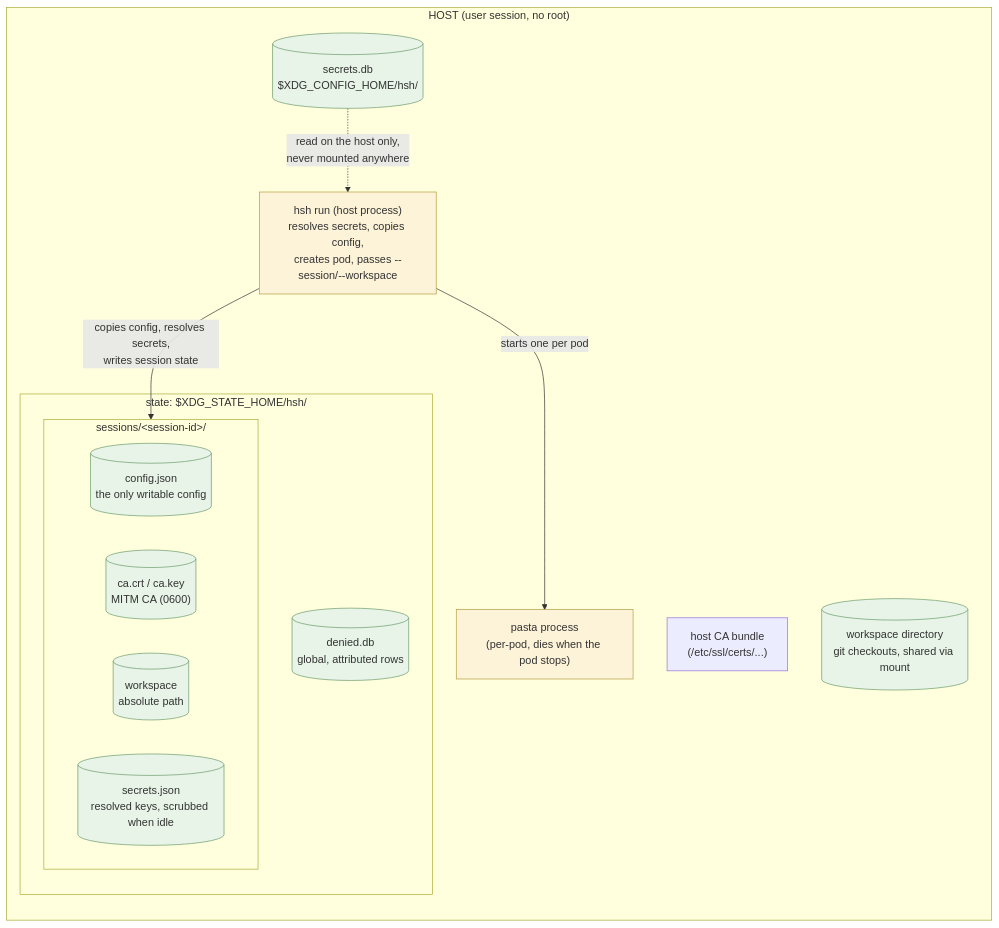
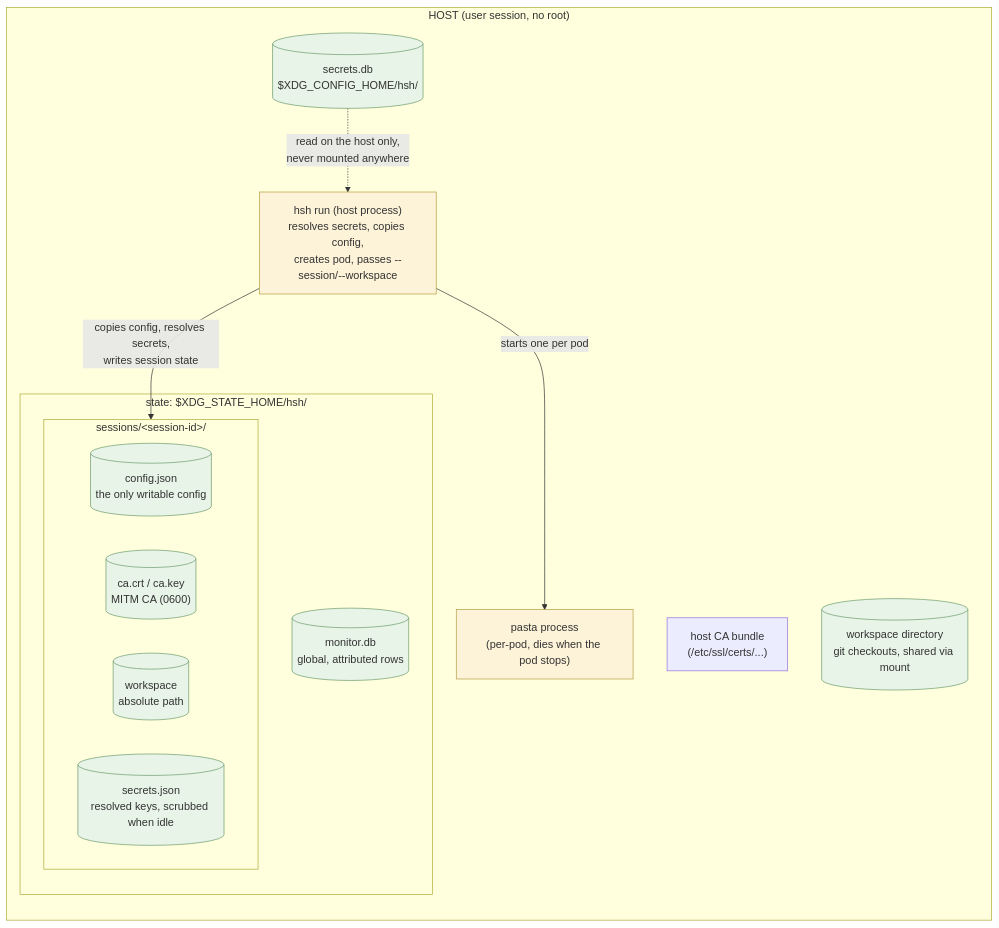
Before and after one commit to philips/hsh: the first of 3 diagrams in docs/architecture.md, drawn with Mermaid. The commit also changed other lines of this file and 55 other files, not shown here.

First line of the commit message:
config versioning; denied.db becomes monitor.db

````diff
--- a/docs/architecture.md
+++ b/docs/architecture.md
@@ -40,30 +40,30 @@
 ```mermaid
 flowchart TB
     classDef proc fill:#fdf3d8,stroke:#b59b3e
     classDef file fill:#e7f4e7,stroke:#6a9a6a
 
     subgraph HOST["HOST (user session, no root)"]
         direction TB
         hshrun["hsh run (host process)<br/>resolves secrets, copies config,<br/>creates pod, passes --session/--workspace"]
         pasta["pasta process<br/>(per-pod, dies when the pod stops)"]
         subgraph STATE["state: $XDG_STATE_HOME/hsh/"]
-            denieddb[("denied.db<br/>global, attributed rows")]
+            monitordb[("monitor.db<br/>global, attributed rows")]
             subgraph SESDIR["sessions/&lt;session-id&gt;/"]
                 cfgcopy[("config.json<br/>the only writable config")]
                 cafiles[("ca.crt / ca.key<br/>MITM CA (0600)")]
                 wsfile[("workspace<br/>absolute path")]
                 secretsjson[("secrets.json<br/>resolved keys, scrubbed when idle")]
             end
         end
         secretstore[("secrets.db<br/>$XDG_CONFIG_HOME/hsh/")]
         caBundle["host CA bundle<br/>(/etc/ssl/certs/...)"]
         wsdir[("workspace directory<br/>git checkouts, shared via mount")]
     end
 
     hshrun -->|"starts one per pod"| pasta
     secretstore -.->|"read on the host only,<br/>never mounted anywhere"| hshrun
     hshrun -->|"copies config, resolves secrets,<br/>writes session state"| SESDIR
 
     class hshrun,pasta proc
-    class denieddb,cfgcopy,cafiles,wsfile,secretsjson,secretstore,wsdir file
+    class monitordb,cfgcopy,cafiles,wsfile,secretsjson,secretstore,wsdir file
 ```
````
